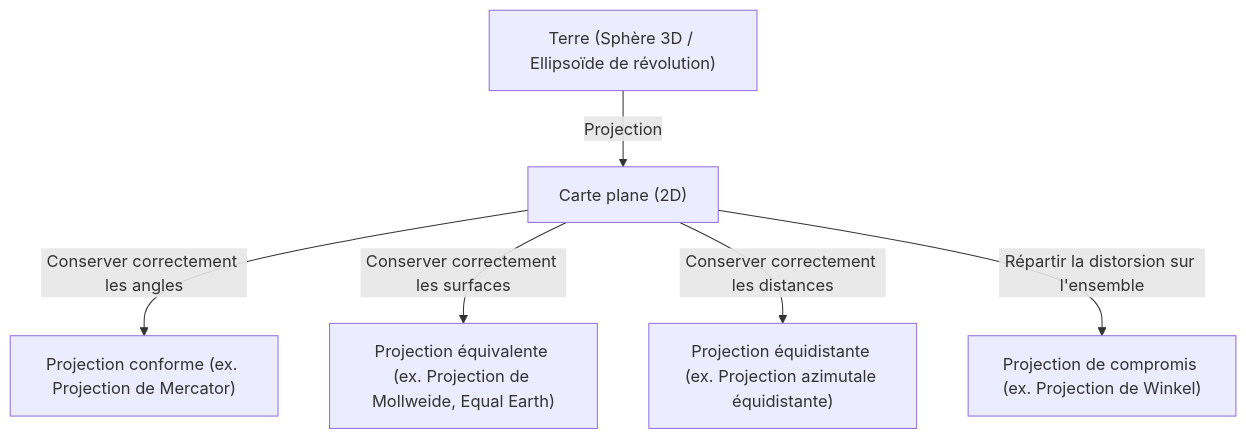
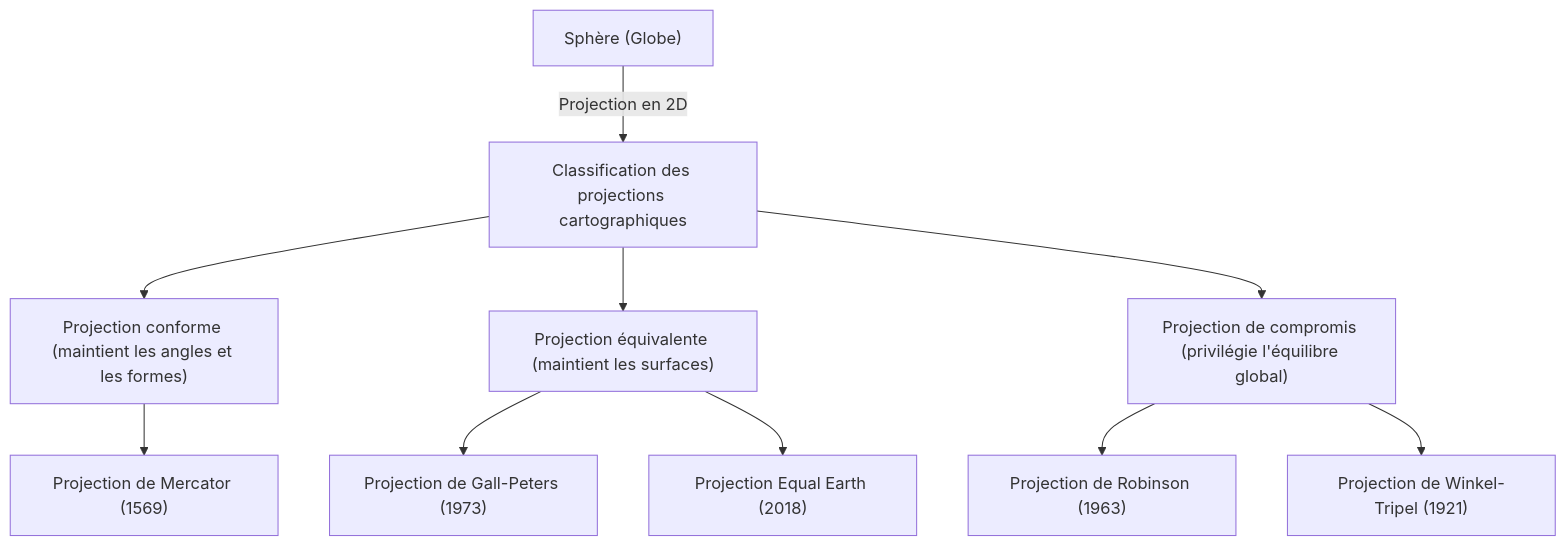
Before and after one commit to kenjinote/blog: the diagram in content/post/history-of-map-projections/index.fr.md, drawn with Mermaid. The commit also changed other lines of this file and 129 other files, not shown here.

````diff
--- a/content/post/history-of-map-projections/index.fr.md
+++ b/content/post/history-of-map-projections/index.fr.md
@@ -19,8 +30,13 @@
 ```mermaid
 graph TD
-    A["Terre (Sphère 3D / Ellipsoïde de révolution)"] -- "Projection" --> B["Carte plane (2D)"]
-    B -- "Conserver correctement les angles" --> C["Projection conforme (ex. Projection de Mercator)"]
-    B -- "Conserver correctement les surfaces" --> D["Projection équivalente (ex. Projection de Mollweide, Equal Earth)"]
-    B -- "Conserver correctement les distances" --> E["Projection équidistante (ex. Projection azimutale équidistante)"]
-    B -- "Répartir la distorsion sur l'ensemble" --> F["Projection de compromis (ex. Projection de Winkel)"]
+    A["Sphère (Globe)"] -->|"Projection en 2D"| B["Classification des projections cartographiques"]
+    B --> C["Projection conforme (maintient les angles et les formes)"]
+    B --> D["Projection équivalente (maintient les surfaces)"]
+    B --> E["Projection de compromis (privilégie l'équilibre global)"]
+    
+    C --> F["Projection de Mercator (1569)"]
+    D --> G["Projection de Gall-Peters (1973)"]
+    D --> H["Projection Equal Earth (2018)"]
+    E --> I["Projection de Robinson (1963)"]
+    E --> J["Projection de Winkel-Tripel (1921)"]
 ```
````
